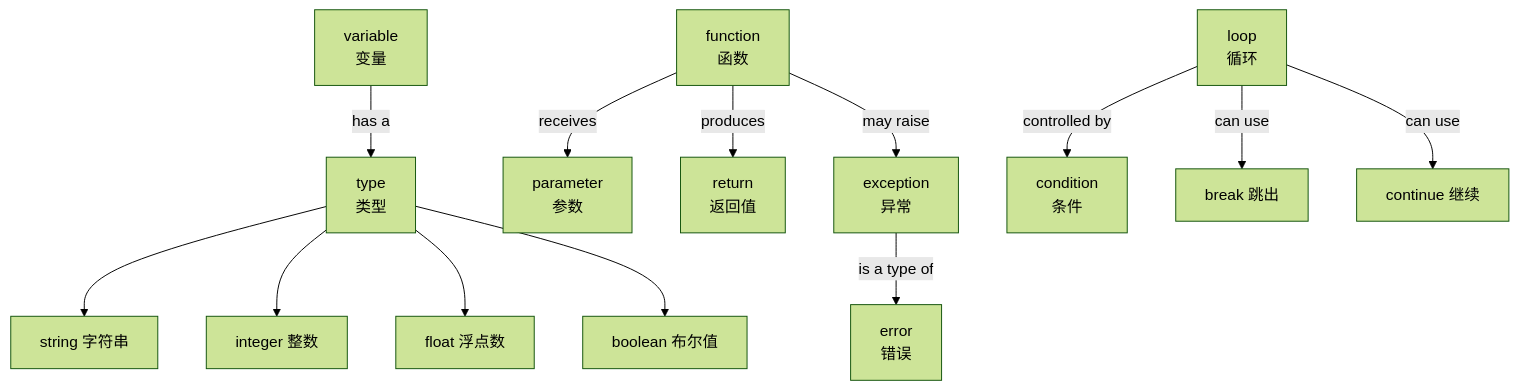
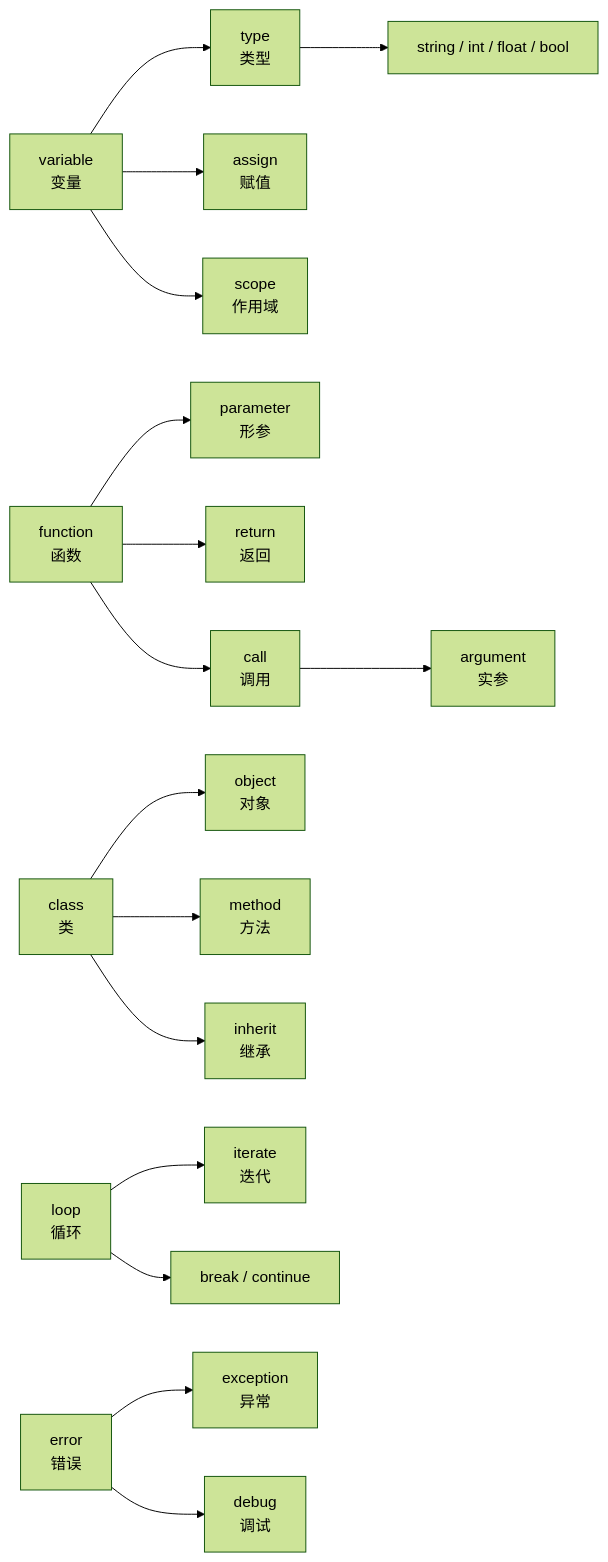
The diagram in 00_高中复习/02_英语基础/01_技术词汇/02_编程英文词汇/02_编程英文词汇.md (qq940500529/Artificial_Intelligence_Tutorial_CN), drawn with Mermaid (forest theme) before and after one commit. The commit also changed other lines of this file and 4 other files, not shown here.

````diff
--- a/00_高中复习/02_英语基础/01_技术词汇/02_编程英文词汇/02_编程英文词汇.md
+++ b/00_高中复习/02_英语基础/01_技术词汇/02_编程英文词汇/02_编程英文词汇.md
@@ -117,15 +180,18 @@
 ```mermaid
-graph TD
-    A[variable<br>变量] -->|has a| B[type<br>类型]
-    B --> C[string 字符串]
-    B --> D[integer 整数]
-    B --> E[float 浮点数]
-    B --> F[boolean 布尔值]
-    G[function<br>函数] -->|receives| H[parameter<br>参数]
-    G -->|produces| I[return<br>返回值]
-    J[loop<br>循环] -->|controlled by| K[condition<br>条件]
-    J -->|can use| L[break 跳出]
-    J -->|can use| M[continue 继续]
-    G -->|may raise| N[exception<br>异常]
-    N -->|is a type of| O[error<br>错误]
+graph LR
+    A[variable<br>变量] --> B[type<br>类型]
+    B --> C[string / int / float / bool]
+    A --> D[assign<br>赋值]
+    A --> E[scope<br>作用域]
+    F[function<br>函数] --> G[parameter<br>形参]
+    F --> H[return<br>返回]
+    F --> I[call<br>调用]
+    I --> J[argument<br>实参]
+    K[class<br>类] --> L[object<br>对象]
+    K --> M[method<br>方法]
+    K --> N[inherit<br>继承]
+    O[loop<br>循环] --> P[iterate<br>迭代]
+    O --> Q[break / continue]
+    R[error<br>错误] --> S[exception<br>异常]
+    R --> T[debug<br>调试]
 ```
````
